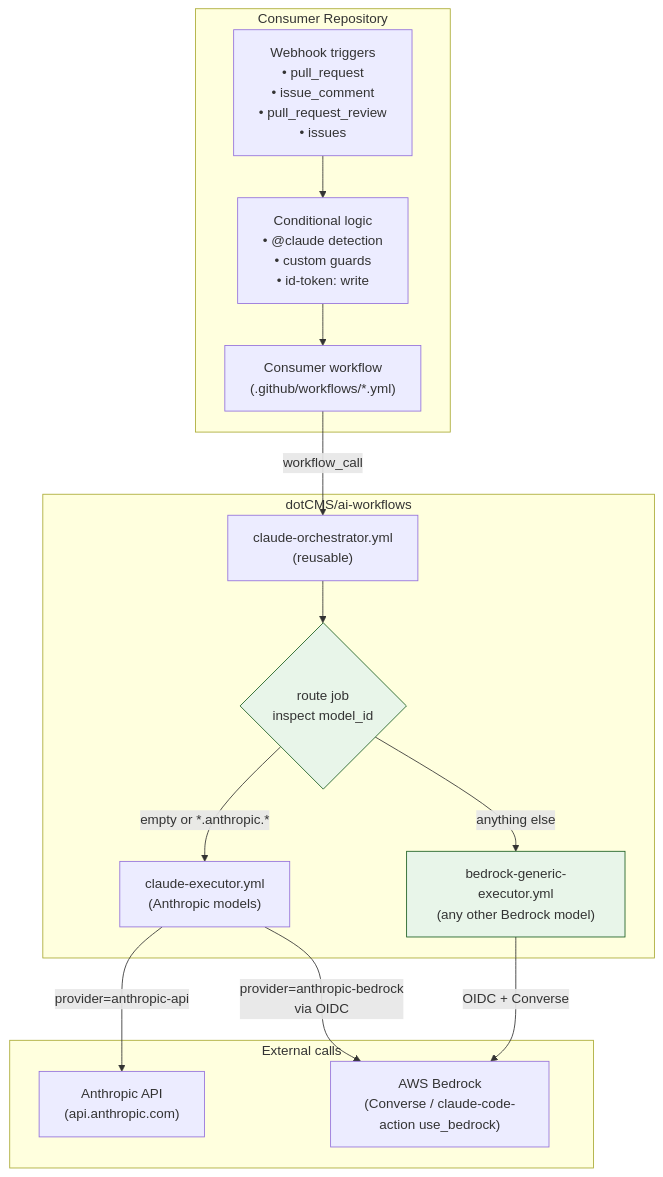
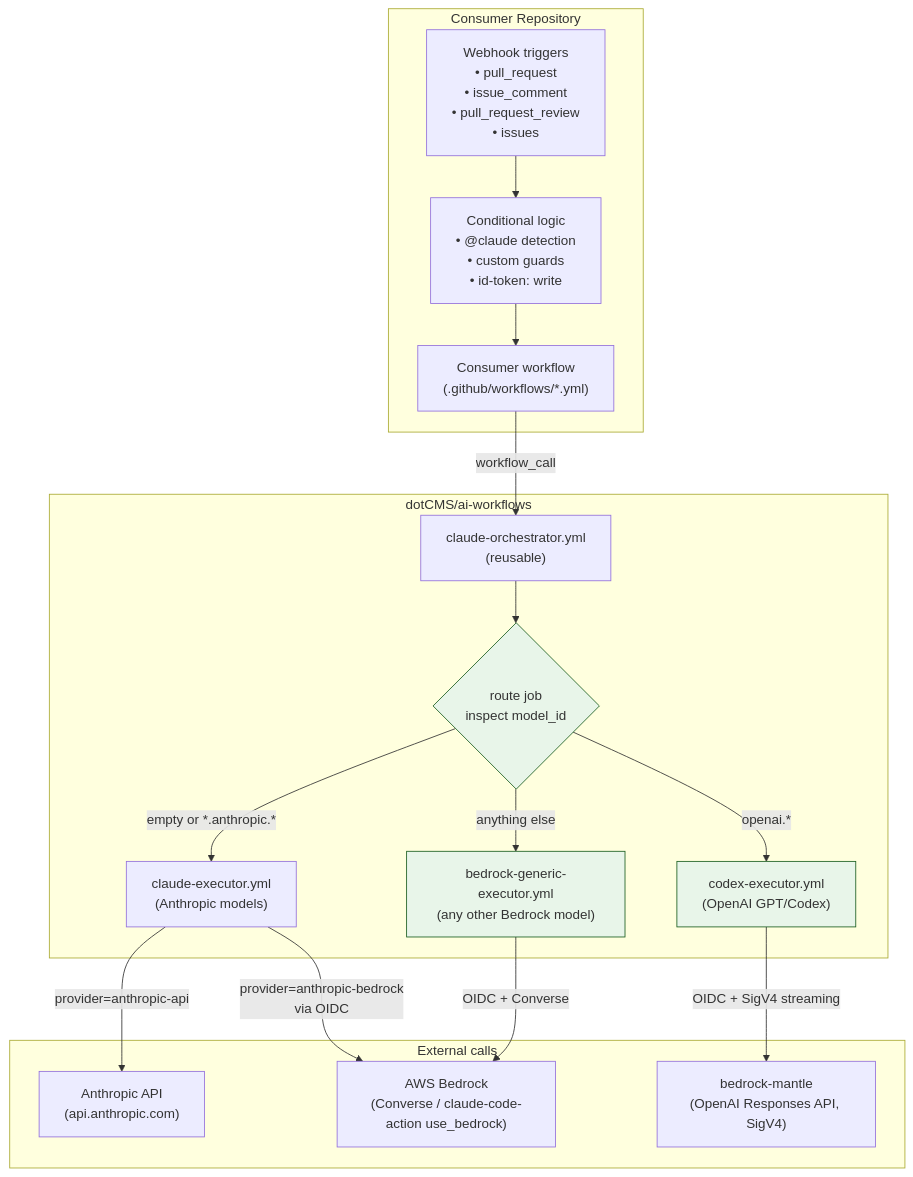
Before and after one commit to dotCMS/ai-workflows: the second of 2 diagrams in ARCHITECTURE.md, drawn with Mermaid. The commit also changed other lines of this file and 3 other files, not shown here.

````diff
--- a/ARCHITECTURE.md
+++ b/ARCHITECTURE.md
@@ -70,33 +70,37 @@
 ```mermaid
 flowchart TD
     subgraph consumer["Consumer Repository"]
         consumer_wf["Consumer workflow<br/>(.github/workflows/*.yml)"]
         triggers["Webhook triggers<br/>• pull_request<br/>• issue_comment<br/>• pull_request_review<br/>• issues"]
         cond["Conditional logic<br/>• @claude detection<br/>• custom guards<br/>• id-token: write"]
         triggers --> cond --> consumer_wf
     end
 
     subgraph this_repo["dotCMS/ai-workflows"]
         orch["claude-orchestrator.yml<br/>(reusable)"]
         route{"route job<br/>inspect model_id"}
         claude_exec["claude-executor.yml<br/>(Anthropic models)"]
         generic_exec["bedrock-generic-executor.yml<br/>(any other Bedrock model)"]
+        codex_exec["codex-executor.yml<br/>(OpenAI GPT/Codex)"]
 
         orch --> route
         route -->|"empty or *.anthropic.*"| claude_exec
+        route -->|"openai.*"| codex_exec
         route -->|"anything else"| generic_exec
     end
 
     subgraph upstreams["External calls"]
         anth_api["Anthropic API<br/>(api.anthropic.com)"]
         bedrock["AWS Bedrock<br/>(Converse / claude-code-action use_bedrock)"]
+        mantle["bedrock-mantle<br/>(OpenAI Responses API, SigV4)"]
     end
 
     consumer_wf -->|"workflow_call"| orch
     claude_exec -->|"provider=anthropic-api"| anth_api
     claude_exec -->|"provider=anthropic-bedrock<br/>via OIDC"| bedrock
     generic_exec -->|"OIDC + Converse"| bedrock
+    codex_exec -->|"OIDC + SigV4 streaming"| mantle
 
     classDef new fill:#e8f5e9,stroke:#1b5e20,stroke-width:1px
-    class generic_exec,route new
+    class generic_exec,route,codex_exec new
 ```
````
